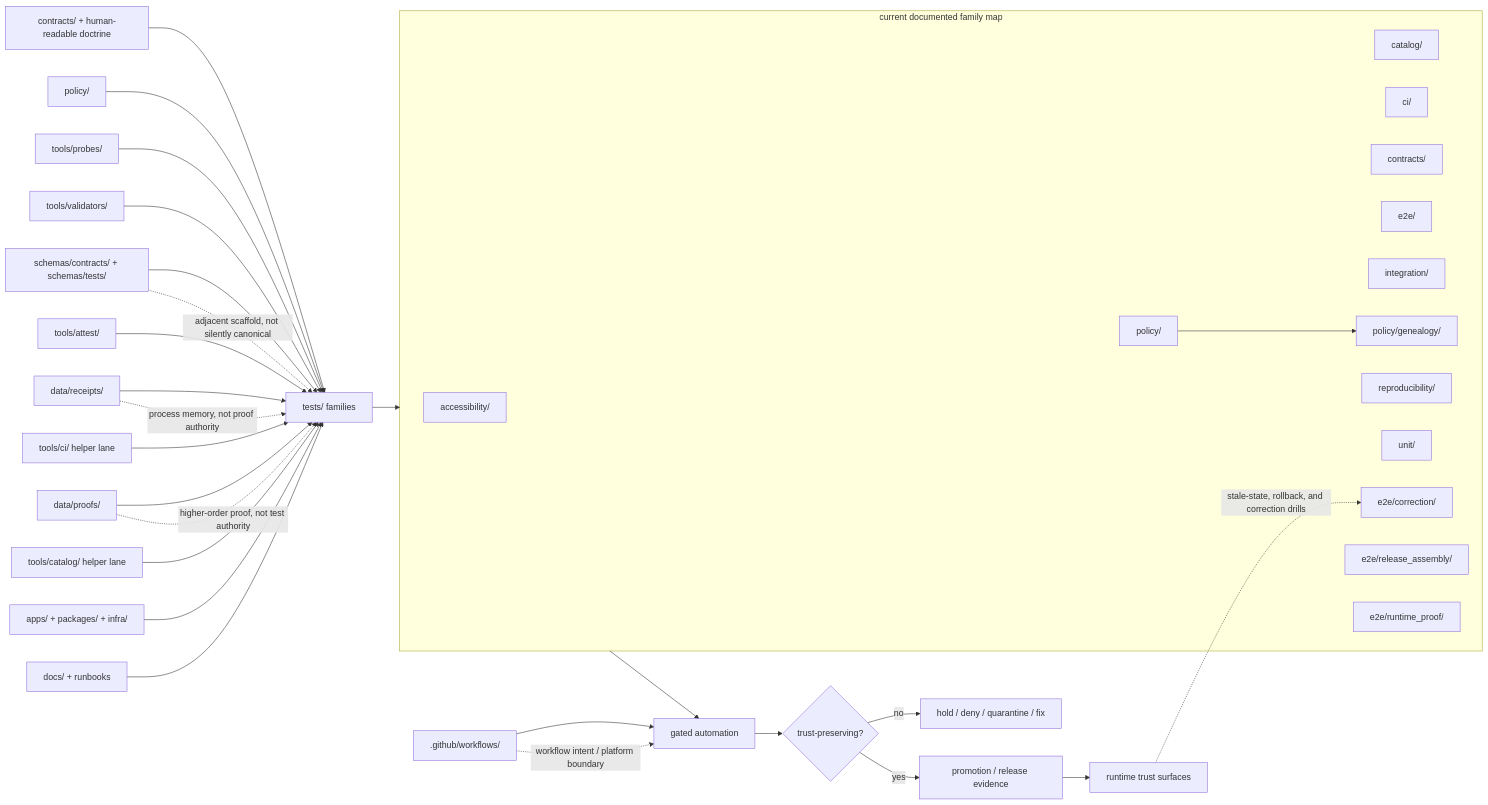
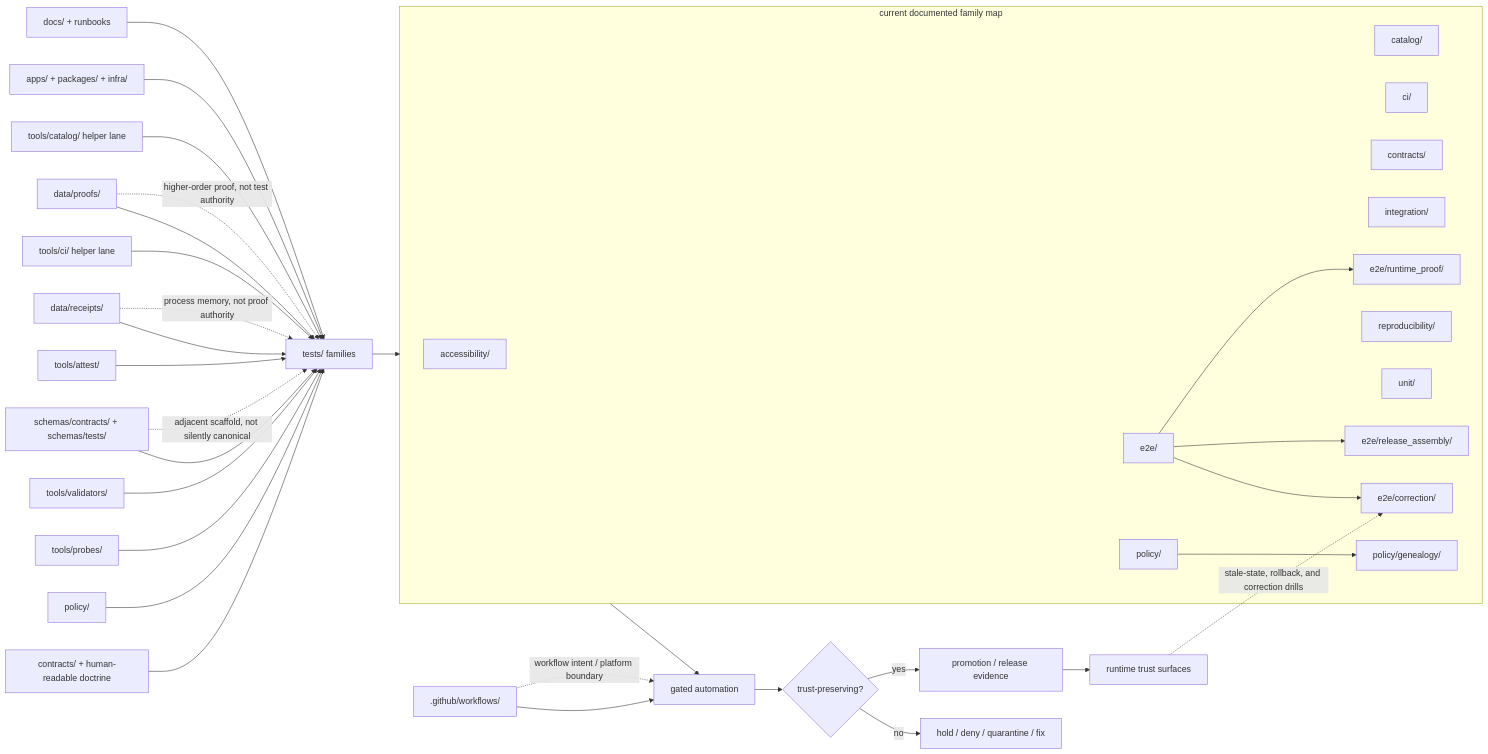
One commit to bartytime4life/Kansas-Frontier-Matrix changed the diagram in tests/README.md. Above: the diagram before and after it, drawn with Mermaid. The commit also changed other lines of this file, not shown here.

````diff
--- a/tests/README.md
+++ b/tests/README.md
@@ -581,47 +600,50 @@
 ```mermaid
 flowchart LR
     C["contracts/ + human-readable doctrine"] --> T["tests/ families"]
     SC["schemas/contracts/ + schemas/tests/"] --> T
     P["policy/"] --> T
     DR["data/receipts/"] --> T
     DP["data/proofs/"] --> T
     PR["tools/probes/"] --> T
     V["tools/validators/"] --> T
     AT["tools/attest/"] --> T
     H["tools/ci/ helper lane"] --> T
     HC["tools/catalog/ helper lane"] --> T
     A["apps/ + packages/ + infra/"] --> T
     D["docs/ + runbooks"] --> T
     W[".github/workflows/"] --> G["gated automation"]
 
     subgraph F["current documented family map"]
       AX["accessibility/"]
       CA["catalog/"]
       CI["ci/"]
       K["contracts/"]
       E["e2e/"]
       I["integration/"]
       PO["policy/"]
       PG["policy/genealogy/"]
       R["reproducibility/"]
       U["unit/"]
       EC["e2e/correction/"]
       ER["e2e/release_assembly/"]
       EP["e2e/runtime_proof/"]
     end
 
     T --> F
     PO --> PG
+    E --> EC
+    E --> ER
+    E --> EP
     F --> G
     G --> Q{"trust-preserving?"}
 
     Q -->|no| H2["hold / deny / quarantine / fix"]
     Q -->|yes| PRM["promotion / release evidence"]
     PRM --> RT["runtime trust surfaces"]
 
     RT -. stale-state, rollback, and correction drills .-> EC
     W -. workflow intent / platform boundary .-> G
     SC -. adjacent scaffold, not silently canonical .-> T
     DR -. process memory, not proof authority .-> T
     DP -. higher-order proof, not test authority .-> T
 ```
````
